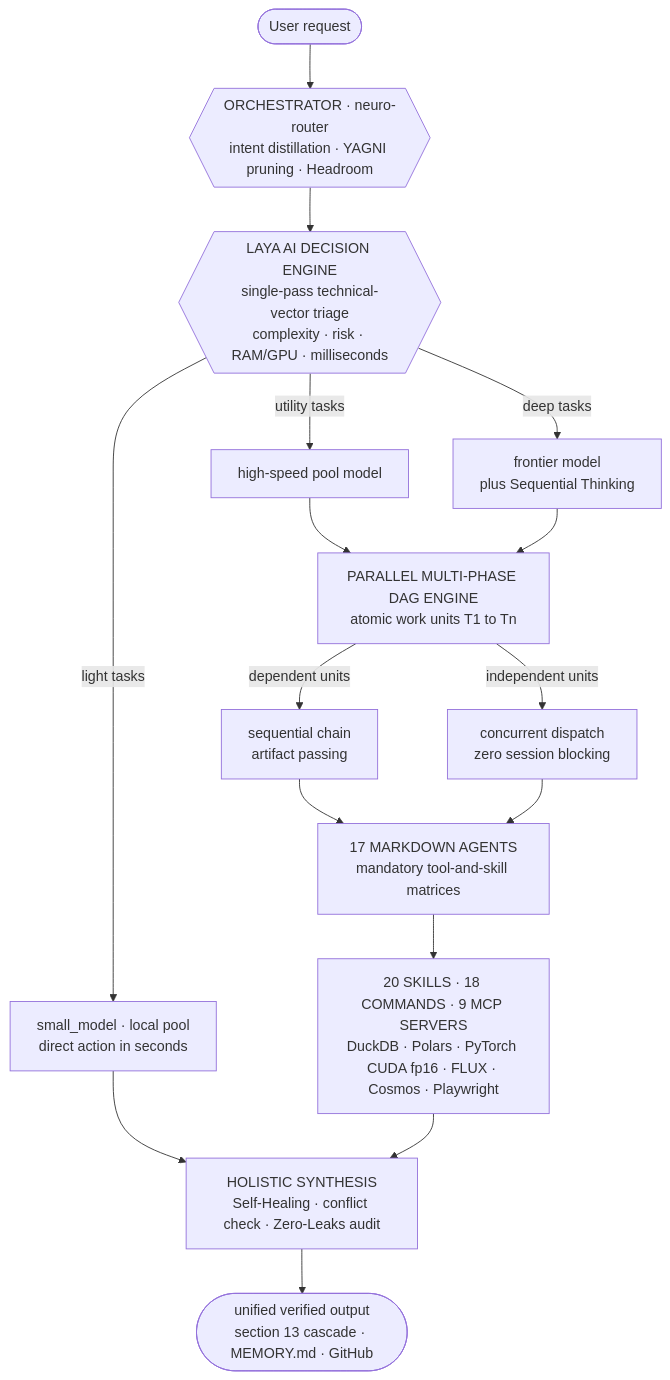
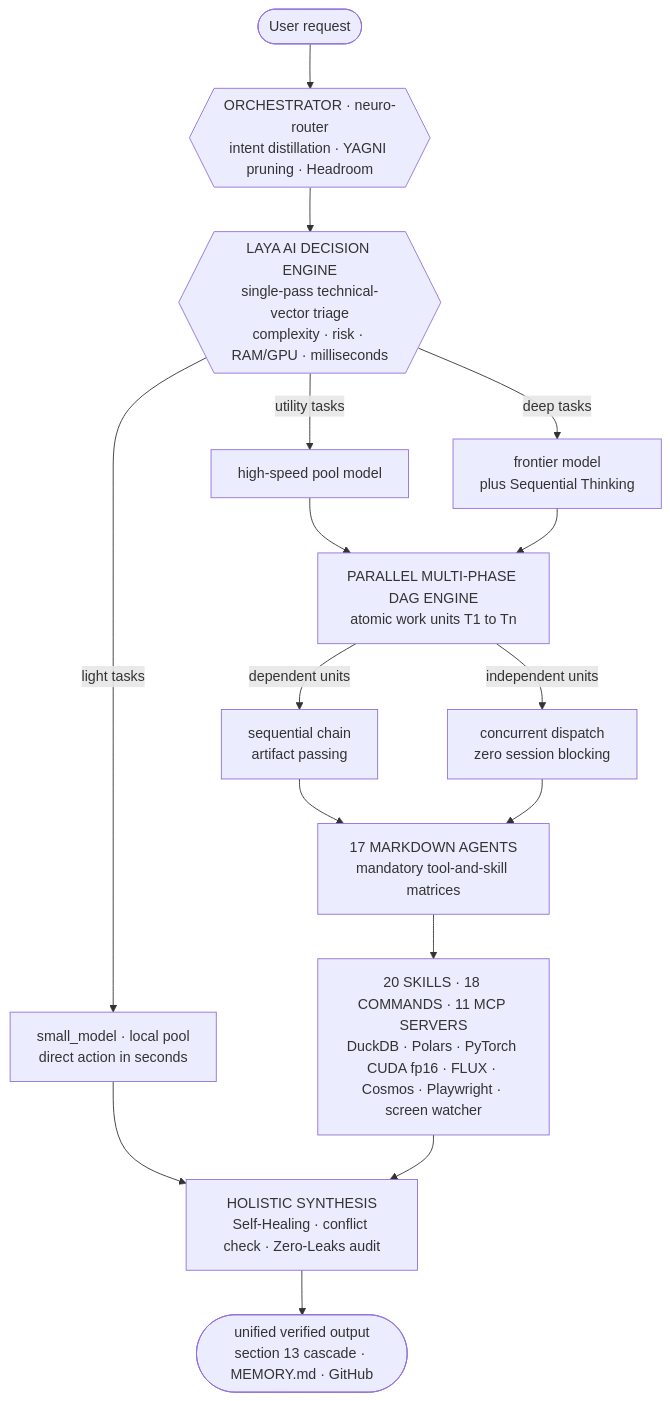
The diagram in README.md (AFelipeRD/AI_Nexus_Core), drawn with Mermaid before and after one commit. The commit also changed other lines of this file and 15 other files, not shown here.

Commit message:
feat(release): launch v2.1.0 - 17-agent squad overhaul, social preview open-graph asset, browser-use agentic navigation, and latency pruning

````diff
--- a/README.md
+++ b/README.md
@@ -65,18 +81,18 @@
 ```mermaid
 flowchart TB
     U(["User request"]) --> ORC{{"ORCHESTRATOR · neuro-router<br/>intent distillation · YAGNI pruning · Headroom"}}
     ORC --> LAYA{{"LAYA AI DECISION ENGINE<br/>single-pass technical-vector triage<br/>complexity · risk · RAM/GPU · milliseconds"}}
     LAYA -->|"light tasks"| T0["small_model · local pool<br/>direct action in seconds"]
     LAYA -->|"utility tasks"| T1["high-speed pool model"]
     LAYA -->|"deep tasks"| T2["frontier model<br/>plus Sequential Thinking"]
     T1 --> DAG["PARALLEL MULTI-PHASE DAG ENGINE<br/>atomic work units T1 to Tn"]
     T2 --> DAG
     T0 --> SYN
     DAG -->|"dependent units"| SEQ["sequential chain<br/>artifact passing"]
     DAG -->|"independent units"| PAR["concurrent dispatch<br/>zero session blocking"]
     SEQ --> SQUAD["17 MARKDOWN AGENTS<br/>mandatory tool-and-skill matrices"]
     PAR --> SQUAD
-    SQUAD --> RES["20 SKILLS · 18 COMMANDS · 9 MCP SERVERS<br/>DuckDB · Polars · PyTorch CUDA fp16 · FLUX · Cosmos · Playwright"]
+    SQUAD --> RES["20 SKILLS · 18 COMMANDS · 11 MCP SERVERS<br/>DuckDB · Polars · PyTorch CUDA fp16 · FLUX · Cosmos · Playwright · screen watcher"]
     RES --> SYN["HOLISTIC SYNTHESIS<br/>Self-Healing · conflict check · Zero-Leaks audit"]
     SYN --> OUT(["unified verified output<br/>section 13 cascade · MEMORY.md · GitHub"])
 ```
````
